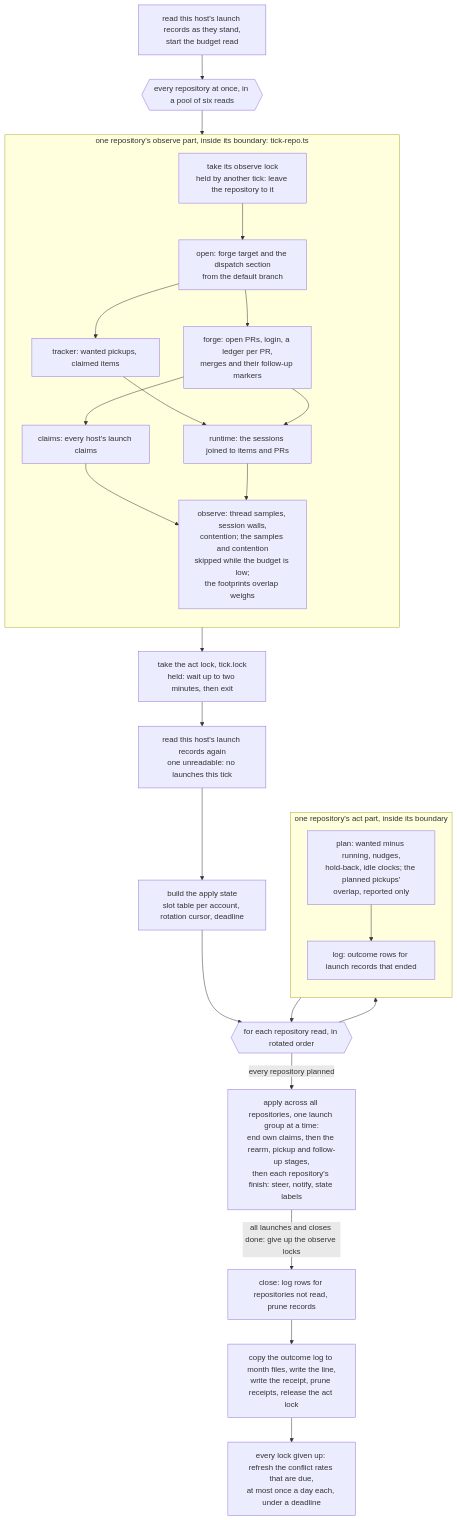
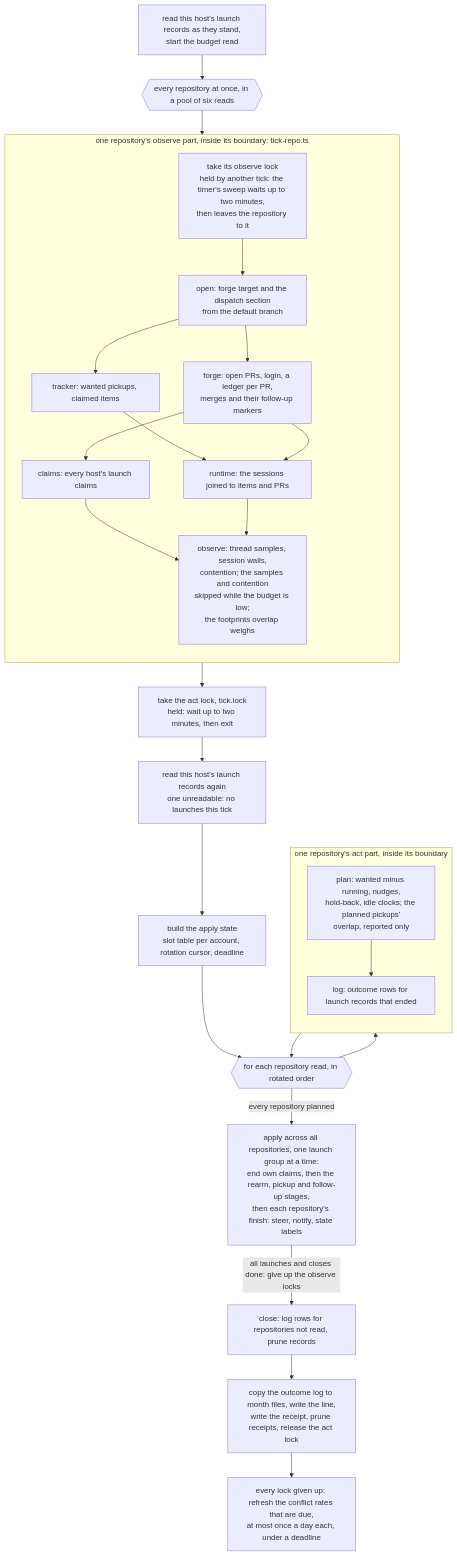
The second of 2 diagrams in design/dark-factory-dispatch.md (jig-harness/jig), drawn with Mermaid before and after one commit. The commit also changed other lines of this file and 10 other files, not shown here.

First line of the commit message:
fix(dispatch): run a woken tick as the timer runs, and let the sweep wait for a held repository

````diff
--- a/design/dark-factory-dispatch.md
+++ b/design/dark-factory-dispatch.md
@@ -106,35 +106,35 @@
 ```mermaid
 flowchart TD
   S0[read this host's launch records as they stand,<br/>start the budget read] --> OBS{{every repository at once, in a pool of six reads}}
   subgraph repo [one repository's observe part, inside its boundary: tick-repo.ts]
     direction TB
-    OL[take its observe lock<br/>held by another tick: leave the repository to it]
+    OL[take its observe lock<br/>held by another tick: the timer's sweep waits up to two minutes,<br/>then leaves the repository to it]
     O1[open: forge target and the dispatch section<br/>from the default branch]
     O2[tracker: wanted pickups, claimed items]
     O3[forge: open PRs, login, a ledger per PR,<br/>merges and their follow-up markers]
     O3b[claims: every host's launch claims]
     O4[runtime: the sessions joined to items and PRs]
     C[observe: thread samples, session walls,<br/>contention; the samples and contention<br/>skipped while the budget is low;<br/>the footprints overlap weighs]
     OL --> O1 --> O2 & O3
     O3 --> O3b
     O2 & O3 --> O4
     O3b & O4 --> C
   end
   OBS --> repo
   repo --> AL[take the act lock, tick.lock<br/>held: wait up to two minutes, then exit]
   AL --> R[read this host's launch records again<br/>one unreadable: no launches this tick]
   R --> A[build the apply state<br/>slot table per account, rotation cursor, deadline]
   A --> LOOP{{for each repository read, in rotated order}}
   subgraph act [one repository's act part, inside its boundary]
     direction TB
     P[plan: wanted minus running, nudges,<br/>hold-back, idle clocks; the planned pickups'<br/>overlap, reported only]
     G[log: outcome rows for launch records that ended]
     P --> G
   end
   LOOP --> act
   act --> LOOP
   LOOP -->|every repository planned| X[apply across all repositories, one launch group at a time:<br/>end own claims, then the rearm, pickup and follow-up stages,<br/>then each repository's finish: steer, notify, state labels]
   X -->|all launches and closes done: give up the observe locks| CL[close: log rows for repositories not read, prune records]
   CL --> E[copy the outcome log to month files, write the line,<br/>write the receipt, prune receipts, release the act lock]
   E --> RR[every lock given up: refresh the conflict rates that are due,<br/>at most once a day each, under a deadline]
 ```
````
